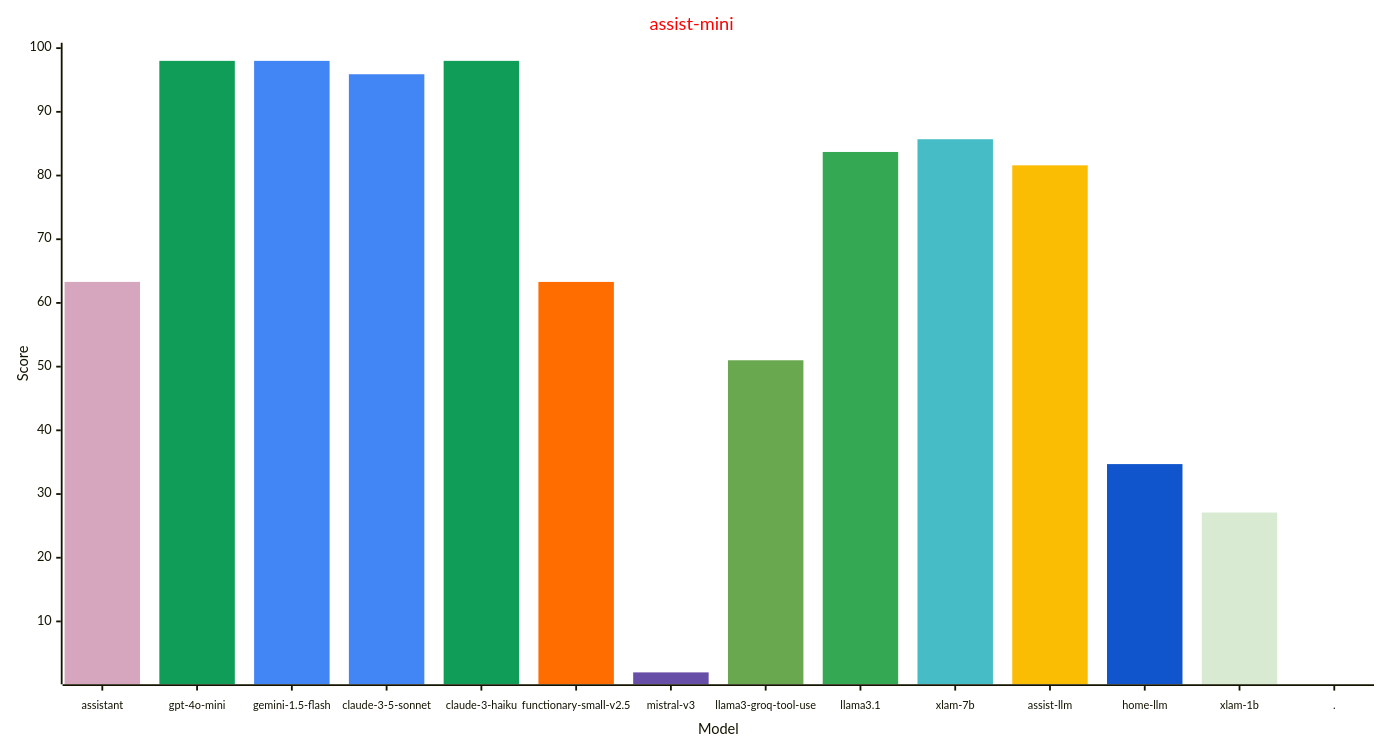
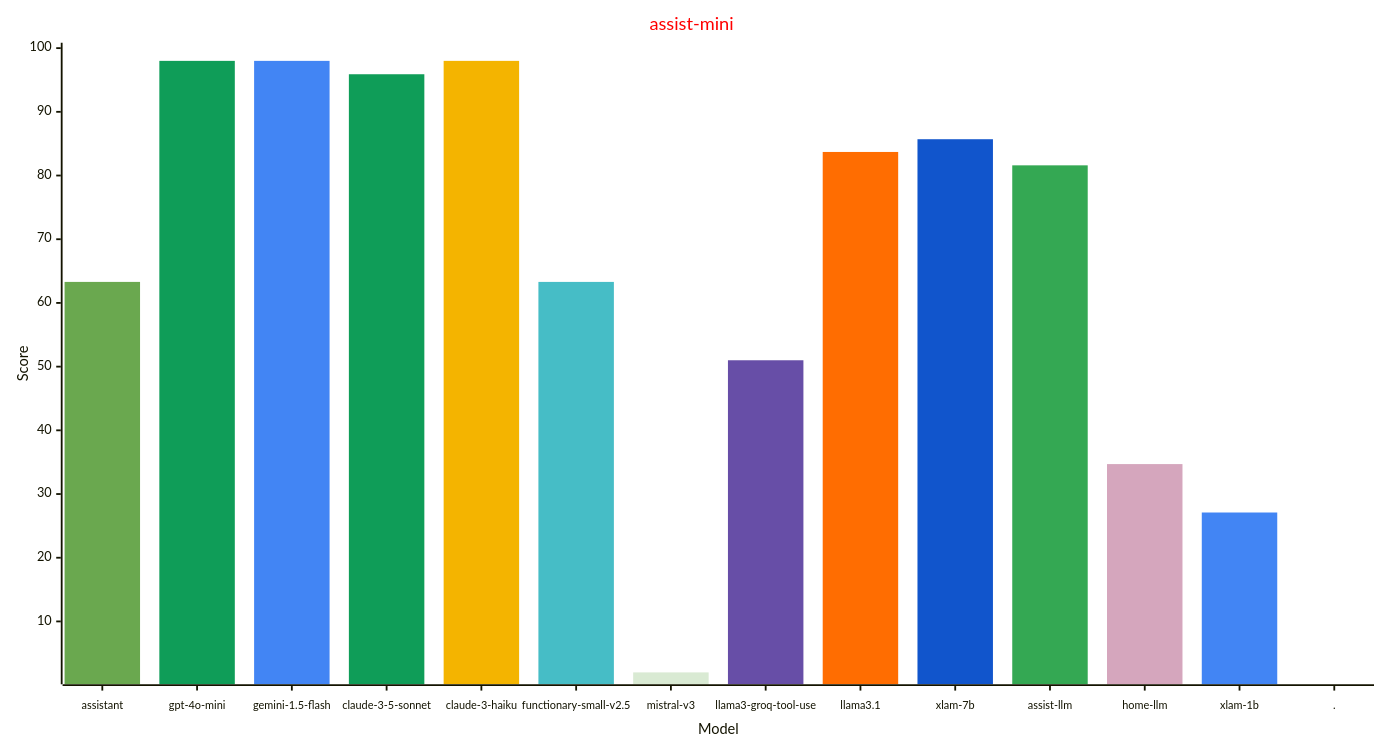
Before and after one commit to allenporter/home-assistant-datasets: the second of 3 diagrams in reports/README.md, drawn with Mermaid. The commit also changed other lines of this file and 36 other files, not shown here.

````diff
--- a/reports/README.md
+++ b/reports/README.md
@@ -88,34 +89,34 @@
 ```mermaid
 ---
 config:
     xyChart:
         width: 1500
         height: 800
         xAxis:
           labelFontSize: 12
           labelPadding: 8
     themeVariables:
         xyChart:
             titleColor: "#ff0000"
-            plotColorPalette: "#d5a6bd, #0f9d58, #4285f4, #4285f4, #0f9d58, #ff6d01, #674ea7, #6aa84f, #34a853, #46bdc6, #fbbc04, #1155cc, #d9ead3, #4285f4"
+            plotColorPalette: "#6aa84f, #0f9d58, #4285f4, #0f9d58, #f4b400, #46bdc6, #d9ead3, #674ea7, #ff6d01, #1155cc, #34a853, #d5a6bd, #4285f4, #4285f4"
 
 ---
 xychart-beta
   title "assist-mini"
   x-axis "Model" [assistant, gpt-4o-mini, gemini-1.5-flash, claude-3-5-sonnet, claude-3-haiku, functionary-small-v2.5, mistral-v3, llama3-groq-tool-use, llama3.1, xlam-7b, assist-llm, home-llm, xlam-1b, .]
   y-axis "Score" 1 --> 100
   bar [63.3, 0.0, 0.0, 0.0, 0.0, 0.0, 0.0, 0.0, 0.0, 0.0, 0.0, 0.0, 0.0, 0.0]
   bar [0.0, 98.0, 0.0, 0.0, 0.0, 0.0, 0.0, 0.0, 0.0, 0.0, 0.0, 0.0, 0.0, 0.0]
   bar [0.0, 0.0, 98.0, 0.0, 0.0, 0.0, 0.0, 0.0, 0.0, 0.0, 0.0, 0.0, 0.0, 0.0]
   bar [0.0, 0.0, 0.0, 95.9, 0.0, 0.0, 0.0, 0.0, 0.0, 0.0, 0.0, 0.0, 0.0, 0.0]
   bar [0.0, 0.0, 0.0, 0.0, 98.0, 0.0, 0.0, 0.0, 0.0, 0.0, 0.0, 0.0, 0.0, 0.0]
   bar [0.0, 0.0, 0.0, 0.0, 0.0, 63.3, 0.0, 0.0, 0.0, 0.0, 0.0, 0.0, 0.0, 0.0]
   bar [0.0, 0.0, 0.0, 0.0, 0.0, 0.0, 2.0, 0.0, 0.0, 0.0, 0.0, 0.0, 0.0, 0.0]
   bar [0.0, 0.0, 0.0, 0.0, 0.0, 0.0, 0.0, 51.0, 0.0, 0.0, 0.0, 0.0, 0.0, 0.0]
   bar [0.0, 0.0, 0.0, 0.0, 0.0, 0.0, 0.0, 0.0, 83.7, 0.0, 0.0, 0.0, 0.0, 0.0]
   bar [0.0, 0.0, 0.0, 0.0, 0.0, 0.0, 0.0, 0.0, 0.0, 85.7, 0.0, 0.0, 0.0, 0.0]
   bar [0.0, 0.0, 0.0, 0.0, 0.0, 0.0, 0.0, 0.0, 0.0, 0.0, 81.6, 0.0, 0.0, 0.0]
   bar [0.0, 0.0, 0.0, 0.0, 0.0, 0.0, 0.0, 0.0, 0.0, 0.0, 0.0, 34.7, 0.0, 0.0]
   bar [0.0, 0.0, 0.0, 0.0, 0.0, 0.0, 0.0, 0.0, 0.0, 0.0, 0.0, 0.0, 27.1, 0.0]
   bar [0.0, 0.0, 0.0, 0.0, 0.0, 0.0, 0.0, 0.0, 0.0, 0.0, 0.0, 0.0, 0.0, -1.0]
 ```
````
